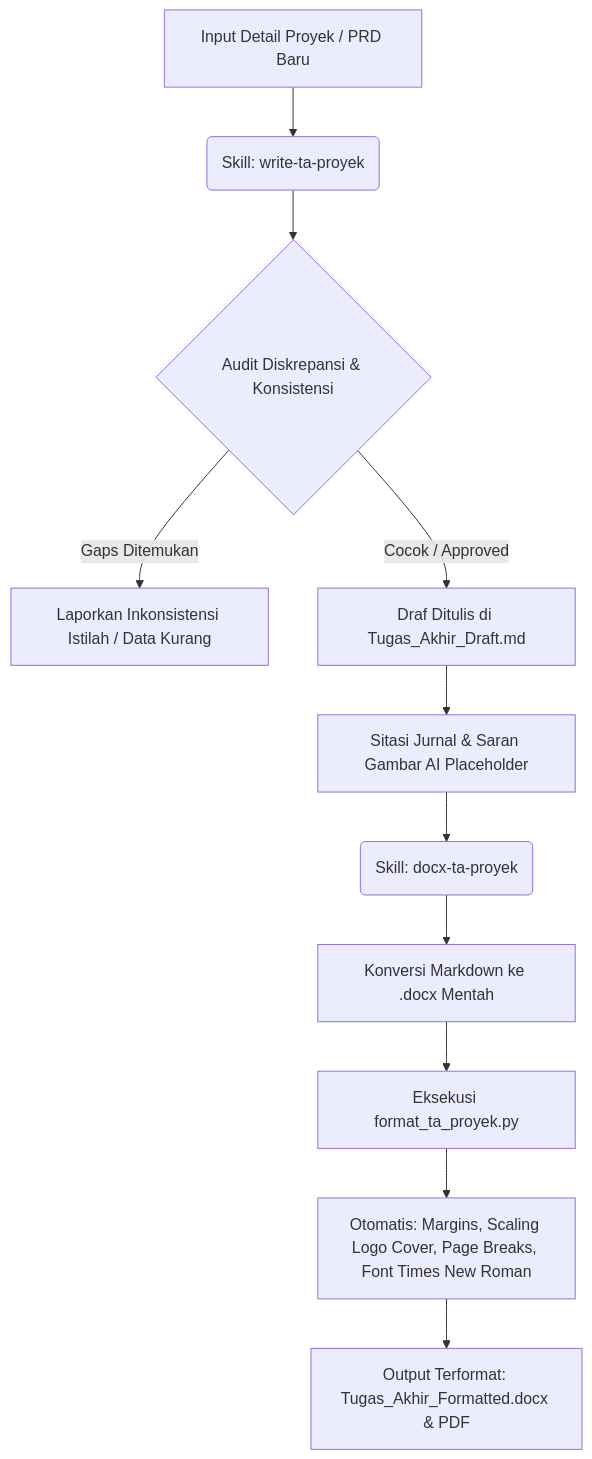
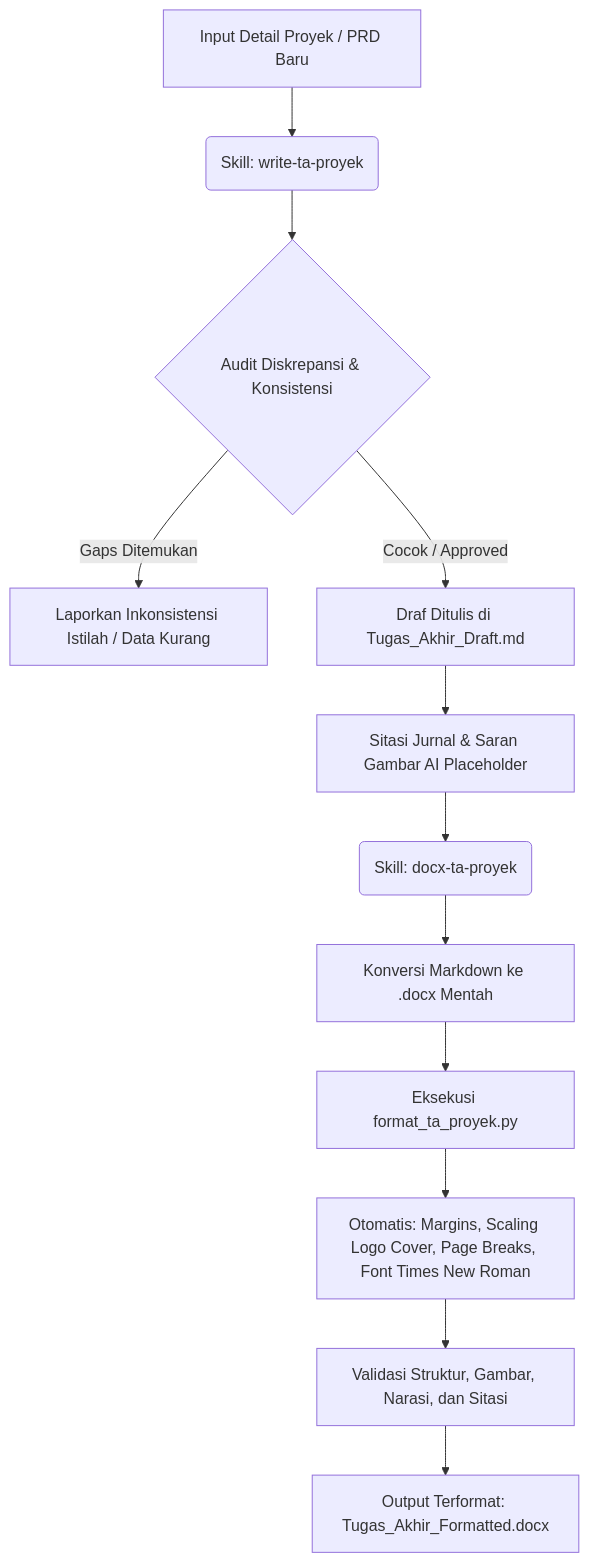
Before and after one commit to Jokskuyy/workflow-ta-proyek: the diagram in README.md, drawn with Mermaid. The commit also changed other lines of this file and 2 other files, not shown here.

Commit message:
docs: document pipeline and agent workflow

````diff
--- a/README.md
+++ b/README.md
@@ -13,13 +15,14 @@
 ```mermaid
 graph TD
     A[Input Detail Proyek / PRD Baru] --> B(Skill: write-ta-proyek)
     B --> C{Audit Diskrepansi & Konsistensi}
     C -->|Gaps Ditemukan| D[Laporkan Inkonsistensi Istilah / Data Kurang]
     C -->|Cocok / Approved| E[Draf Ditulis di Tugas_Akhir_Draft.md]
     E --> F[Sitasi Jurnal & Saran Gambar AI Placeholder]
     F --> G(Skill: docx-ta-proyek)
     G --> H[Konversi Markdown ke .docx Mentah]
     H --> I[Eksekusi format_ta_proyek.py]
     I --> J[Otomatis: Margins, Scaling Logo Cover, Page Breaks, Font Times New Roman]
-    J --> K[Output Terformat: Tugas_Akhir_Formatted.docx & PDF]
+    J --> K[Validasi Struktur, Gambar, Narasi, dan Sitasi]
+    K --> L[Output Terformat: Tugas_Akhir_Formatted.docx]
 ```
````
